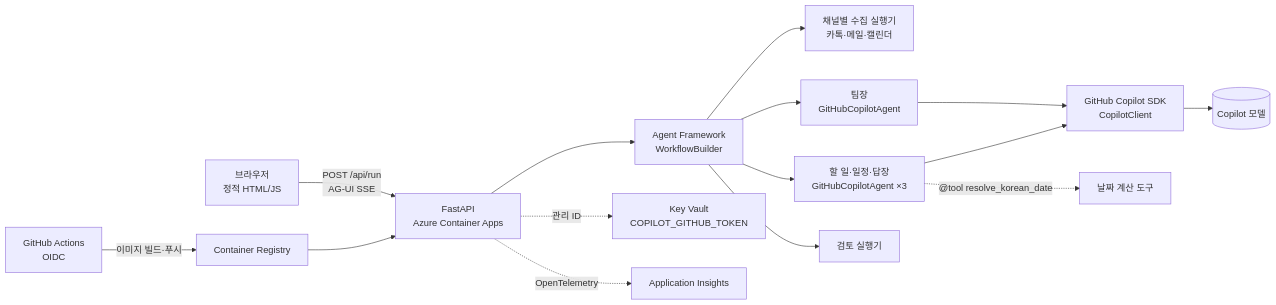
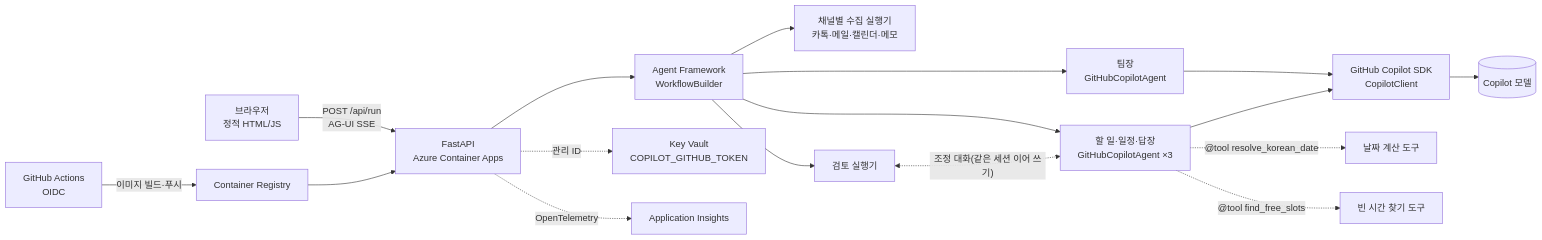
One commit to geonju-meditor/biseosil changed the first of 2 diagrams in TRD.md. Above: the diagram before and after it, drawn with Mermaid. The commit also changed other lines of this file and 7 other files, not shown here.

````diff
--- a/TRD.md
+++ b/TRD.md
@@ -12,14 +12,16 @@
 ```mermaid
 flowchart LR
   U[브라우저<br/>정적 HTML/JS] -- "POST /api/run<br/>AG-UI SSE" --> API[FastAPI<br/>Azure Container Apps]
   API --> WF[Agent Framework<br/>WorkflowBuilder]
-  WF --> C[채널별 수집 실행기<br/>카톡·메일·캘린더]
+  WF --> C[채널별 수집 실행기<br/>카톡·메일·캘린더·메모]
   WF --> L[팀장<br/>GitHubCopilotAgent]
   WF --> S[할 일·일정·답장<br/>GitHubCopilotAgent ×3]
   WF --> R[검토 실행기]
   L & S --> SDK[GitHub Copilot SDK<br/>CopilotClient] --> M[(Copilot 모델)]
   S -. "@tool resolve_korean_date" .-> T[날짜 계산 도구]
+  S -. "@tool find_free_slots" .-> F[빈 시간 찾기 도구]
+  R <-. "조정 대화(같은 세션 이어 쓰기)" .-> S
   API -. 관리 ID .-> KV[Key Vault<br/>COPILOT_GITHUB_TOKEN]
   API -. OpenTelemetry .-> AI[Application Insights]
   GH[GitHub Actions<br/>OIDC] -- "이미지 빌드·푸시" --> ACR[Container Registry] --> API
 ```
````
